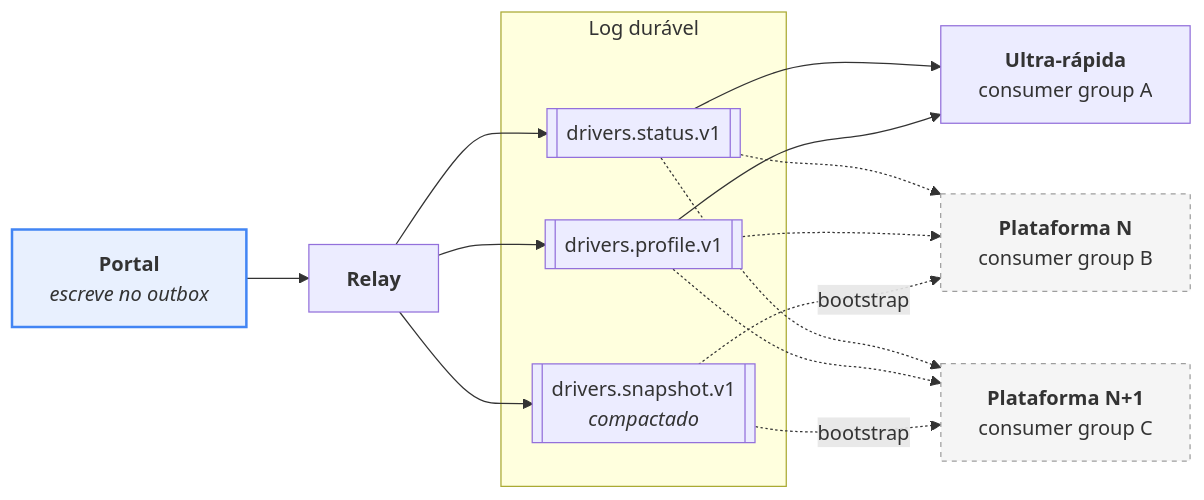
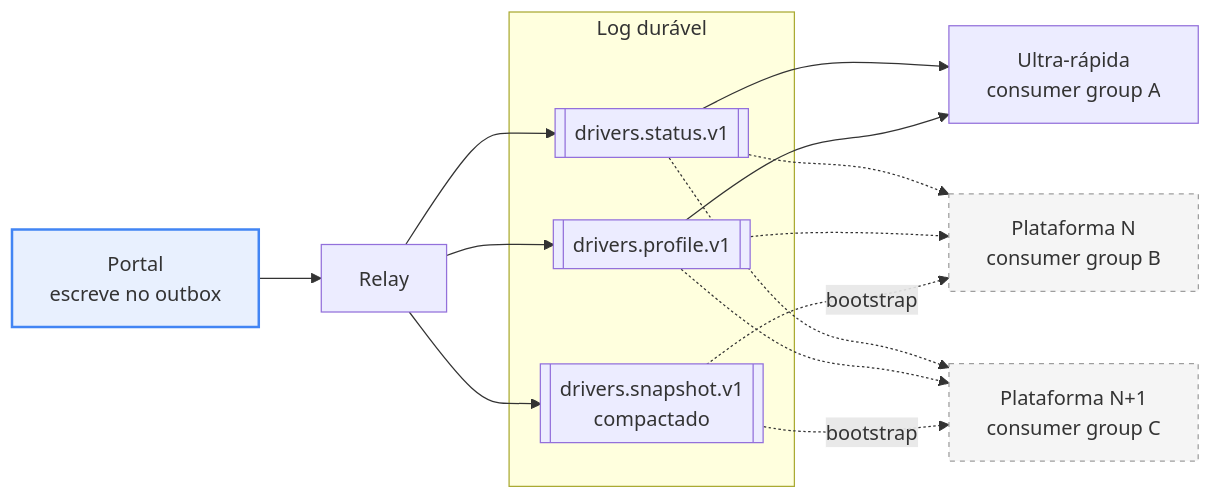
Before and after one commit to elysonromeiro/luizalabs-driver-sync-sdd: the first of 3 diagrams in docs/06-especialista.md, drawn with Mermaid. The commit also changed other lines of this file and 5 other files, not shown here.

````diff
--- a/docs/06-especialista.md
+++ b/docs/06-especialista.md
@@ -15,26 +15,26 @@
 ```mermaid
 flowchart LR
-    portal["<b>Portal</b><br/><i>escreve no outbox</i>"]
-    relay["<b>Relay</b>"]
+    portal["Portal<br/>escreve no outbox"]
+    relay["Relay"]
 
     subgraph log["Log durável"]
         status[["drivers.status.v1"]]
         profile[["drivers.profile.v1"]]
-        snap[["drivers.snapshot.v1<br/><i>compactado</i>"]]
+        snap[["drivers.snapshot.v1<br/>compactado"]]
     end
 
-    ultra["<b>Ultra-rápida</b><br/>consumer group A"]
-    novaA["<b>Plataforma N</b><br/>consumer group B"]
-    novaB["<b>Plataforma N+1</b><br/>consumer group C"]
+    ultra["Ultra-rápida<br/>consumer group A"]
+    novaA["Plataforma N<br/>consumer group B"]
+    novaB["Plataforma N+1<br/>consumer group C"]
 
     portal --> relay --> status & profile & snap
     status & profile --> ultra
     status & profile -.-> novaA
     status & profile -.-> novaB
     snap -.->|"bootstrap"| novaA
     snap -.->|"bootstrap"| novaB
 
     style portal fill:#e8f0fe,stroke:#4285f4,stroke-width:2px
     style novaA fill:#f5f5f5,stroke:#9e9e9e,stroke-dasharray: 4 4
     style novaB fill:#f5f5f5,stroke:#9e9e9e,stroke-dasharray: 4 4
 ```
````
